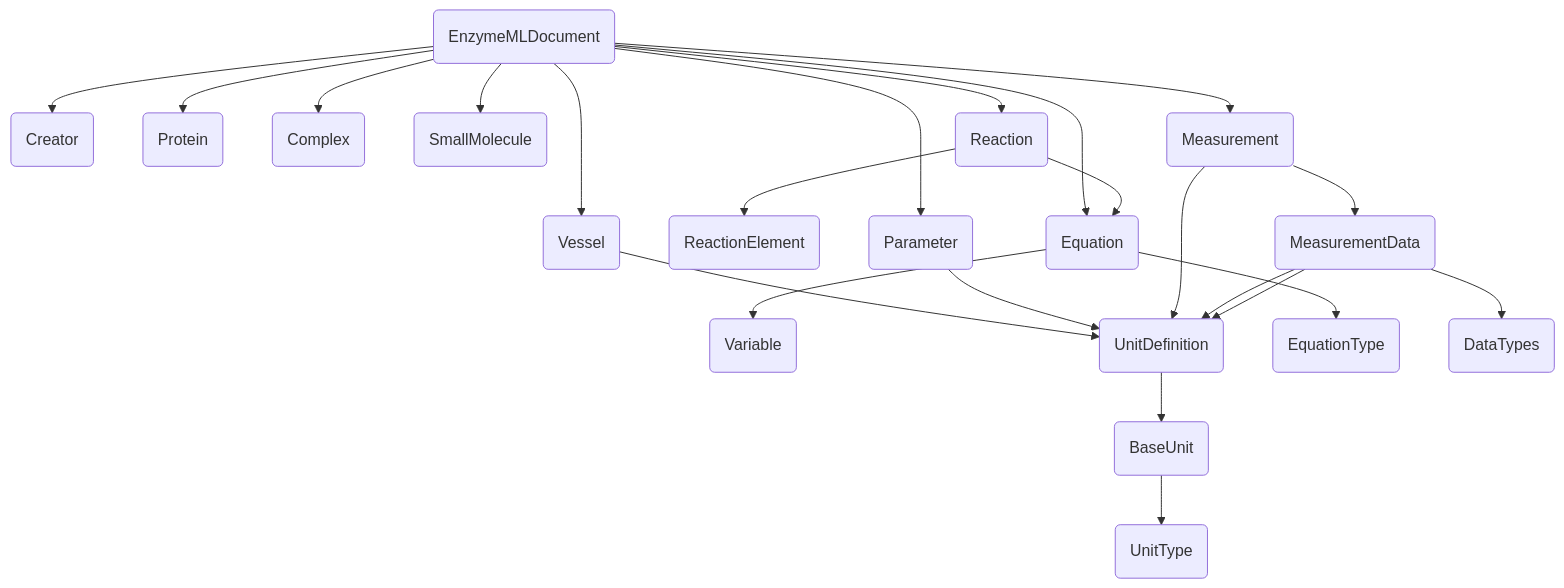
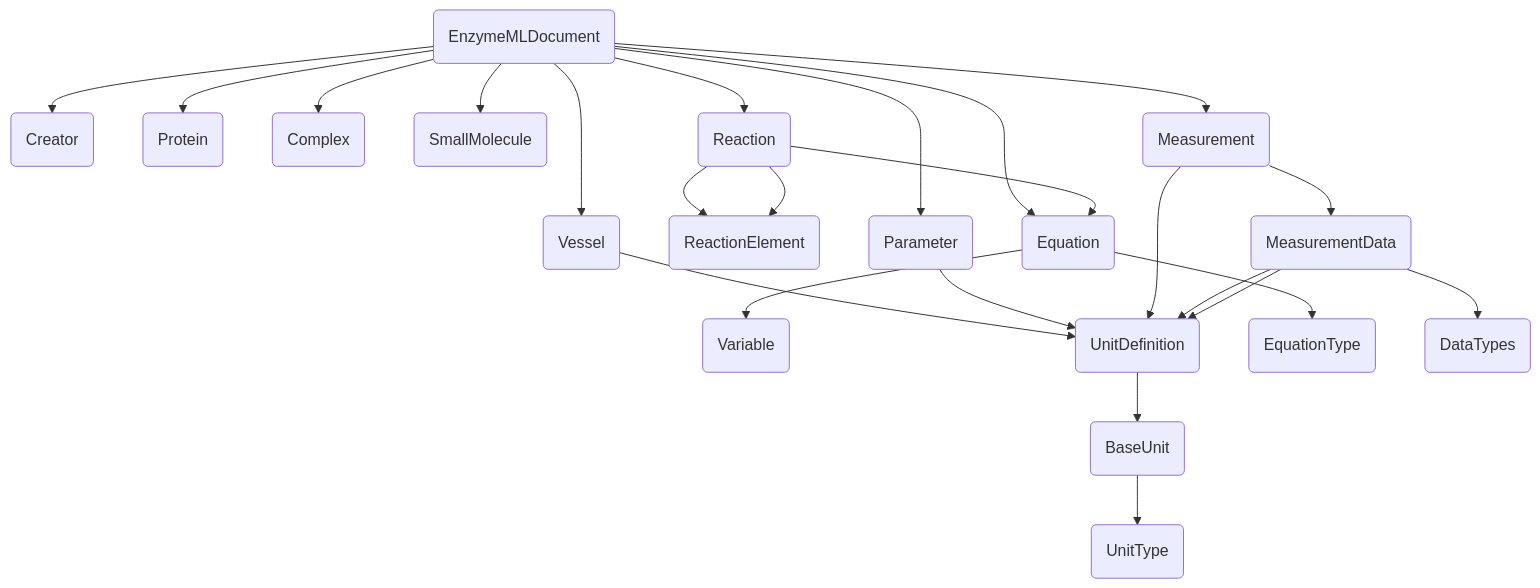
The diagram in docs/versions/v2.md (EnzymeML/enzymeml-specifications), drawn with Mermaid before and after one commit. The commit also changed other lines of this file and 16 other files, not shown here.

````diff
--- a/docs/versions/v2.md
+++ b/docs/versions/v2.md
@@ -6,62 +6,63 @@
     ``` mermaid
     flowchart TB
         enzymemldocument(EnzymeMLDocument)
         creator(Creator)
         vessel(Vessel)
         protein(Protein)
         complex(Complex)
         smallmolecule(SmallMolecule)
         reaction(Reaction)
         reactionelement(ReactionElement)
         equation(Equation)
         variable(Variable)
         parameter(Parameter)
         measurement(Measurement)
         measurementdata(MeasurementData)
         unitdefinition(UnitDefinition)
         baseunit(BaseUnit)
         equationtype(EquationType)
         datatypes(DataTypes)
         unittype(UnitType)
         enzymemldocument(EnzymeMLDocument) --> creator(Creator)
         enzymemldocument(EnzymeMLDocument) --> vessel(Vessel)
         enzymemldocument(EnzymeMLDocument) --> protein(Protein)
         enzymemldocument(EnzymeMLDocument) --> complex(Complex)
         enzymemldocument(EnzymeMLDocument) --> smallmolecule(SmallMolecule)
         enzymemldocument(EnzymeMLDocument) --> reaction(Reaction)
         enzymemldocument(EnzymeMLDocument) --> measurement(Measurement)
         enzymemldocument(EnzymeMLDocument) --> equation(Equation)
         enzymemldocument(EnzymeMLDocument) --> parameter(Parameter)
         vessel(Vessel) --> unitdefinition(UnitDefinition)
         reaction(Reaction) --> equation(Equation)
         reaction(Reaction) --> reactionelement(ReactionElement)
+        reaction(Reaction) --> reactionelement(ReactionElement)
         equation(Equation) --> equationtype(EquationType)
         equation(Equation) --> variable(Variable)
         parameter(Parameter) --> unitdefinition(UnitDefinition)
         measurement(Measurement) --> measurementdata(MeasurementData)
         measurement(Measurement) --> unitdefinition(UnitDefinition)
         measurementdata(MeasurementData) --> unitdefinition(UnitDefinition)
+        measurementdata(MeasurementData) --> unitdefinition(UnitDefinition)
         measurementdata(MeasurementData) --> datatypes(DataTypes)
-        measurementdata(MeasurementData) --> unitdefinition(UnitDefinition)
         unitdefinition(UnitDefinition) --> baseunit(BaseUnit)
         baseunit(BaseUnit) --> unittype(UnitType)
 
         click enzymemldocument "#enzymemldocument" "Go to EnzymeMLDocument"
         click creator "#creator" "Go to Creator"
         click vessel "#vessel" "Go to Vessel"
         click protein "#protein" "Go to Protein"
         click complex "#complex" "Go to Complex"
         click smallmolecule "#smallmolecule" "Go to SmallMolecule"
         click reaction "#reaction" "Go to Reaction"
         click reactionelement "#reactionelement" "Go to ReactionElement"
         click equation "#equation" "Go to Equation"
         click variable "#variable" "Go to Variable"
         click parameter "#parameter" "Go to Parameter"
         click measurement "#measurement" "Go to Measurement"
         click measurementdata "#measurementdata" "Go to MeasurementData"
         click unitdefinition "#unitdefinition" "Go to UnitDefinition"
         click baseunit "#baseunit" "Go to BaseUnit"
         click equationtype "#equationtype" "Go to EquationType"
         click datatypes "#datatypes" "Go to DataTypes"
         click unittype "#unittype" "Go to UnitType"
     ```
````
